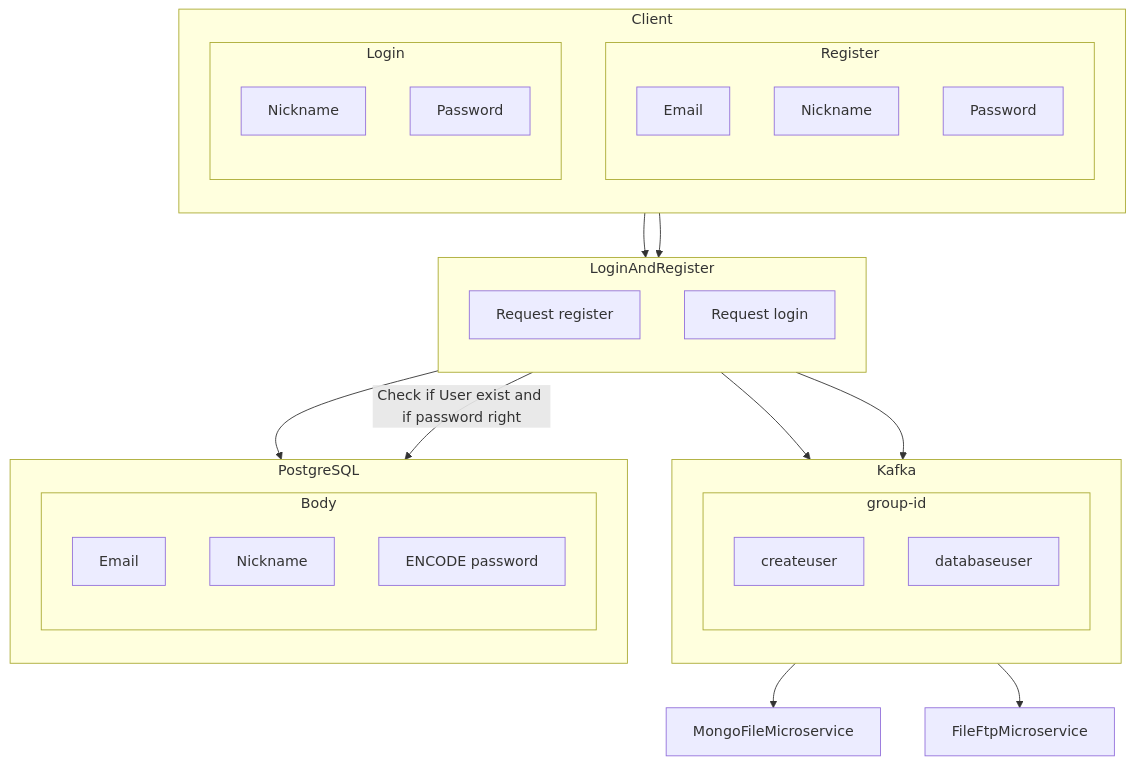
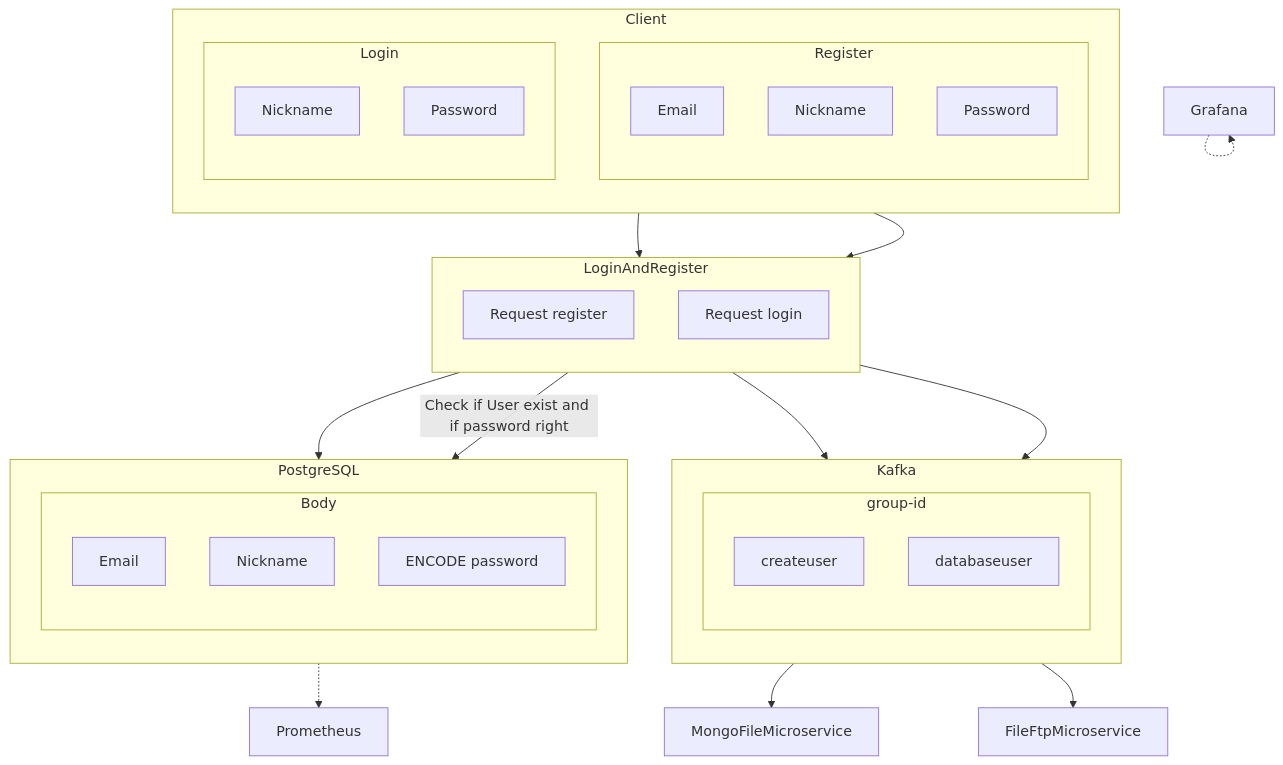
One commit to Daniel200555/LoginAndRegister changed the diagram in README.md. Above: the diagram before and after it, drawn with Mermaid.

````diff
--- a/README.md
+++ b/README.md
@@ -22,49 +22,53 @@
 ```mermaid 
 	flowchart TB
 	subgraph Client
 		direction TB
 	    subgraph Register
 		    direction TB
 		    id1[Email]
 		    id2[Nickname]
 		    id3[Password]
 	    end
 	    subgraph Login
 		    direction TB
 		    id4[Nickname]
 		    id5[Password]
 	    end
     end
     subgraph Kafka
 	    direction TB
 		subgraph group-id
 			direction TB
 			id6[createuser]
 			id7[databaseuser]
 		end
 	end
 	subgraph LoginAndRegister
 		direction TB
 		id8[Request register]
 		id9[Request login]
 	end
 	subgraph PostgreSQL
 		direction TB
 		subgraph Body
 			direction TB
 			id10[Email]
 			id11[Nickname]
 			id12[ENCODE password] 
 		end
 	end
 	id13[MongoFileMicroservice]
 	id14[FileFtpMicroservice]
+	id15[Prometheus]
+	id16[Grafana]
 	Register --> id8
 	id8 --> PostgreSQL
 	id8 --> id6
 	id8 --> id7
 	id6 --> id13
 	id7 --> id14
 	Login --> id9
 	id9 -- Check if User exist and if password right --> PostgreSQL
+	PostgreSQL -.-> id15
+	id16 -.-> id16
 ```
````
